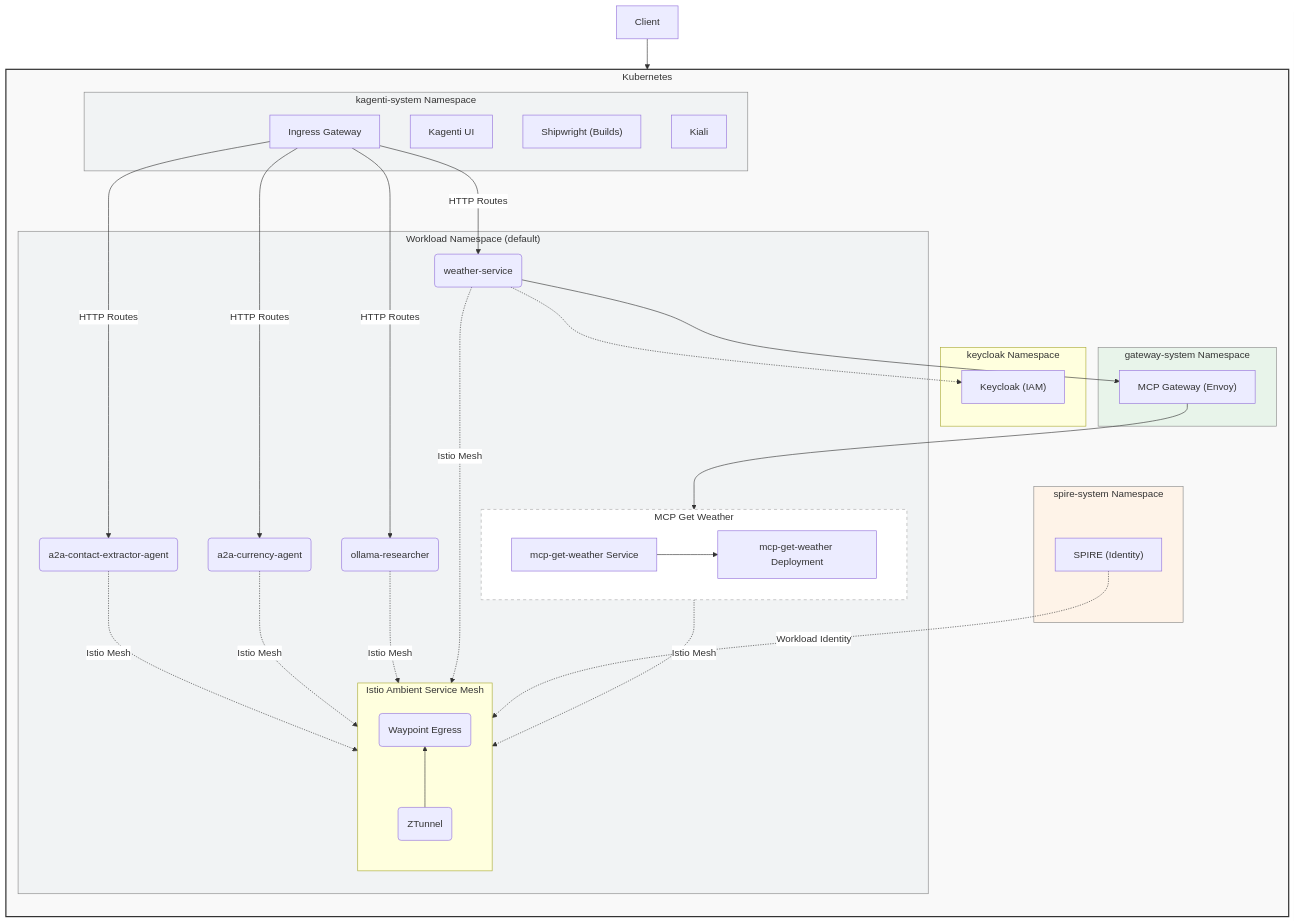
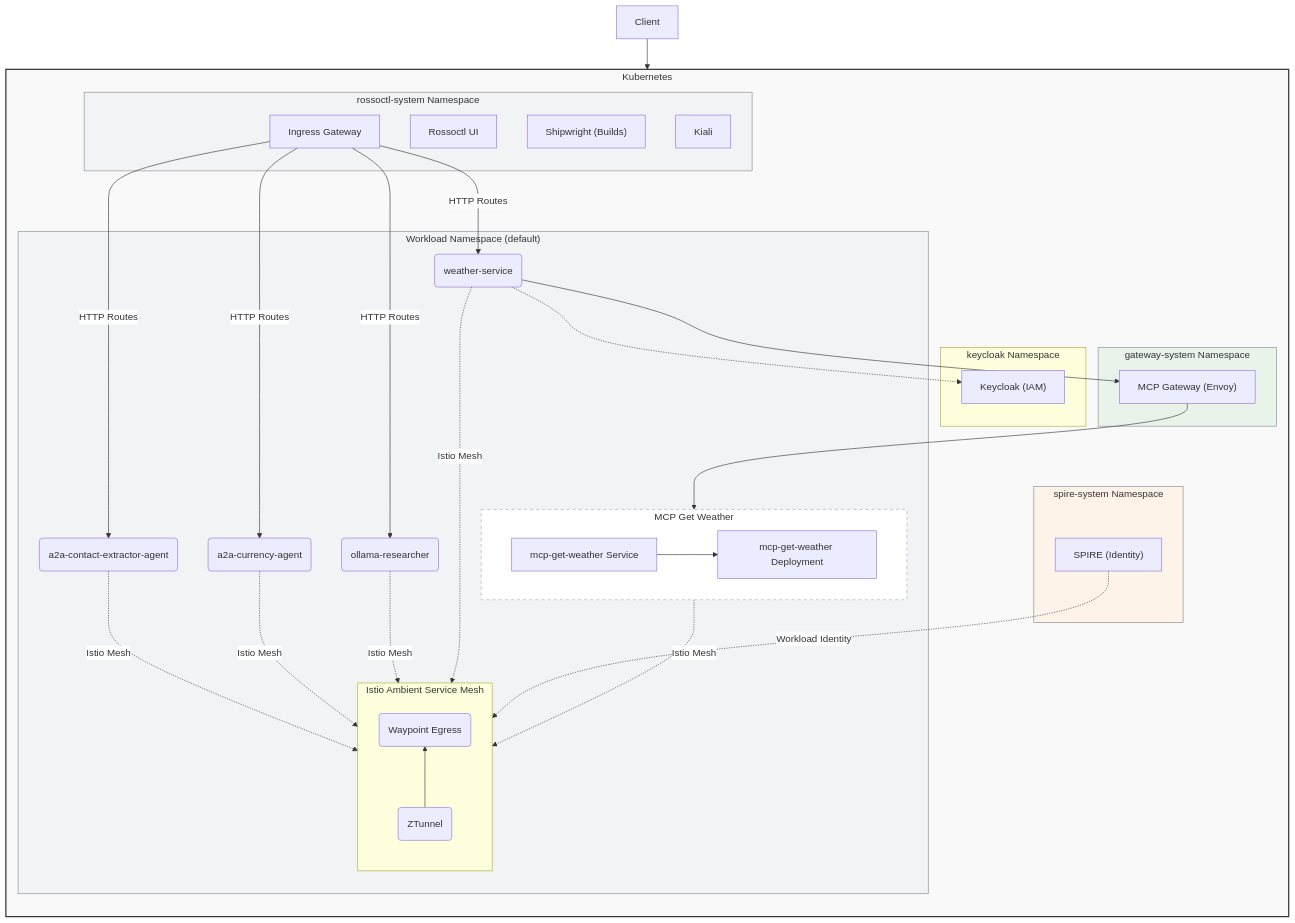
Before and after one commit to kagenti/kagenti: the diagram in docs/tech-details.md, drawn with Mermaid. The commit also changed other lines of this file and 1316 other files, not shown here.

First line of the commit message:
⚠️ Rename Kagenti → Rossoctl across the flagship repo (→ rossoctl)

````diff
--- a/docs/tech-details.md
+++ b/docs/tech-details.md
@@ -5,72 +5,72 @@
 ```mermaid
 %%{ init: {"themeVariables": { 'fontFamily': "Arial", 'primaryColor': '#1f77b4', 'edgeLabelBackground':'#ffffff'}} }%%
 graph TB
 
   subgraph Kubernetes
     direction TB
     
-    subgraph kagenti-system ["kagenti-system Namespace"]
+    subgraph rossoctl-system ["rossoctl-system Namespace"]
       IngressGateway["Ingress Gateway"]
-      KagentiUI["Kagenti UI"]
+      RossoctlUI["Rossoctl UI"]
       Shipwright["Shipwright (Builds)"]
       Kiali["Kiali"]
     end
 
     subgraph gateway-system ["gateway-system Namespace"]
       MCPGateway["MCP Gateway (Envoy)"]
     end
 
     subgraph keycloak ["keycloak Namespace"]
       Keycloak["Keycloak (IAM)"]
     end
 
     subgraph spire-system ["spire-system Namespace"]
       SPIRE["SPIRE (Identity)"]
     end
 
     subgraph default_namespace ["Workload Namespace (default)"]
       A2AContactExtractorAgent(a2a-contact-extractor-agent)
       A2ACurrencyAgent(a2a-currency-agent)
       OllamaResearcher(ollama-researcher)
       WeatherService(weather-service)
       
       subgraph MCPGetWeather ["MCP Get Weather"]
         direction LR
         Service[mcp-get-weather Service]
         Deployment[mcp-get-weather Deployment]
       end
 
       subgraph Istio_Ambient_Mesh ["Istio Ambient Service Mesh"]
         direction BT
         ZTunnel("ZTunnel")
         Waypoint("Waypoint Egress")
         ZTunnel --> Waypoint
       end
 
     end
   end
   
   style Kubernetes fill:#f9f9f9,stroke:#333,stroke-width:2px;
-  style kagenti-system fill:#f1f3f4,stroke:#888;
+  style rossoctl-system fill:#f1f3f4,stroke:#888;
   style gateway-system fill:#e8f4ea,stroke:#888;
   style spire-system fill:#fef3e8,stroke:#888;
   style default_namespace fill:#f1f3f4,stroke:#888;
   style MCPGetWeather fill:#ffffff,stroke:#aaaaaa,stroke-dasharray: 5 5;
 
   Client --> IngressGateway
   IngressGateway -->|HTTP Routes| A2AContactExtractorAgent
   IngressGateway -->|HTTP Routes| A2ACurrencyAgent
   IngressGateway -->|HTTP Routes| OllamaResearcher
   IngressGateway -->|HTTP Routes| WeatherService
   WeatherService --> MCPGateway
   MCPGateway --> Service
   Service --> Deployment
 
   A2AContactExtractorAgent -.->|Istio Mesh| ZTunnel
   A2ACurrencyAgent -.->|Istio Mesh| ZTunnel
   OllamaResearcher -.->|Istio Mesh| ZTunnel
   WeatherService -.->|Istio Mesh| ZTunnel
   Service -.->|Istio Mesh| ZTunnel
   WeatherService -.-> Keycloak
   SPIRE -.->|Workload Identity| ZTunnel
 ```
````
